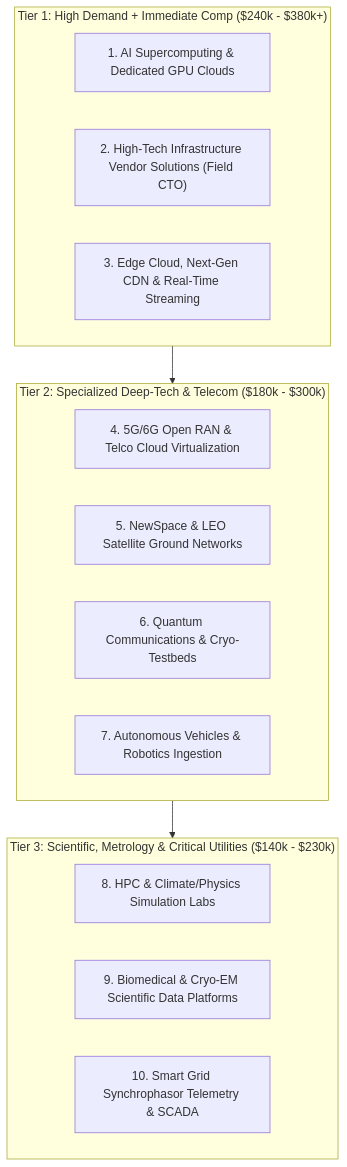
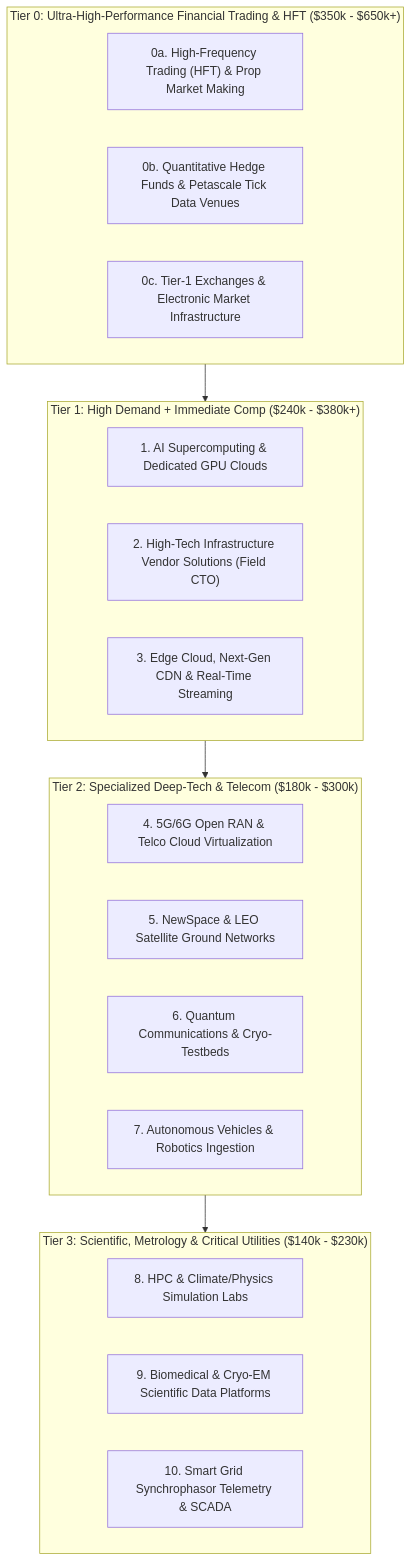
Before and after one commit to dikshie/Awesome-CV: the third of 4 diagrams in PROPOSAL.md, drawn with Mermaid. The commit also changed other lines of this file, not shown here.

Commit message:
docs: add Tier-0 ultra-low-latency financial and HFT market infrastructure track to PROPOSAL.md

````diff
--- a/PROPOSAL.md
+++ b/PROPOSAL.md
@@ -456,23 +530,29 @@
 ```mermaid
 flowchart TD
+    subgraph Tier0["Tier 0: Ultra-High-Performance Financial Trading & HFT ($350k - $650k+)"]
+        F1["0a. High-Frequency Trading (HFT) & Prop Market Making"]
+        F2["0b. Quantitative Hedge Funds & Petascale Tick Data Venues"]
+        F3["0c. Tier-1 Exchanges & Electronic Market Infrastructure"]
+    end
+
     subgraph Top["Tier 1: High Demand + Immediate Comp ($240k - $380k+)"]
         I1["1. AI Supercomputing & Dedicated GPU Clouds"]
         I2["2. High-Tech Infrastructure Vendor Solutions (Field CTO)"]
         I3["3. Edge Cloud, Next-Gen CDN & Real-Time Streaming"]
     end
 
     subgraph Deep["Tier 2: Specialized Deep-Tech & Telecom ($180k - $300k)"]
         I4["4. 5G/6G Open RAN & Telco Cloud Virtualization"]
         I5["5. NewSpace & LEO Satellite Ground Networks"]
         I6["6. Quantum Communications & Cryo-Testbeds"]
         I7["7. Autonomous Vehicles & Robotics Ingestion"]
     end
 
     subgraph Scientific["Tier 3: Scientific, Metrology & Critical Utilities ($140k - $230k)"]
         I8["8. HPC & Climate/Physics Simulation Labs"]
         I9["9. Biomedical & Cryo-EM Scientific Data Platforms"]
         I10["10. Smart Grid Synchrophasor Telemetry & SCADA"]
     end
 
-    Top --> Deep --> Scientific
+    Tier0 --> Top --> Deep --> Scientific
 ```
````
